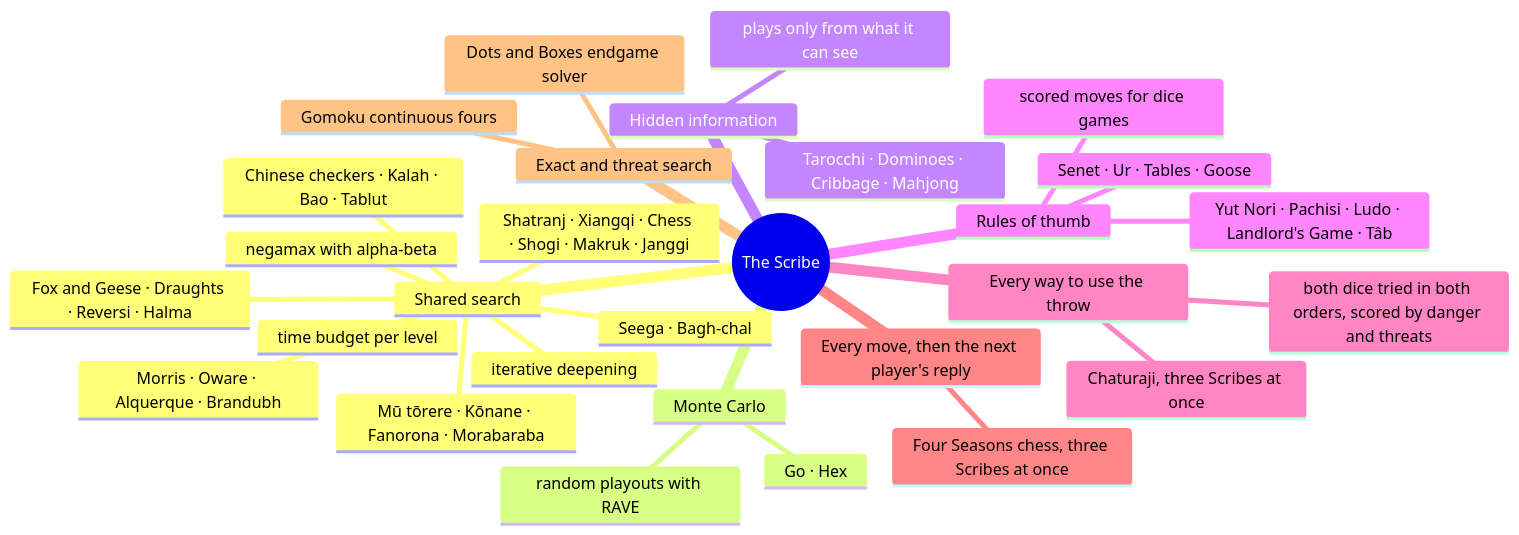
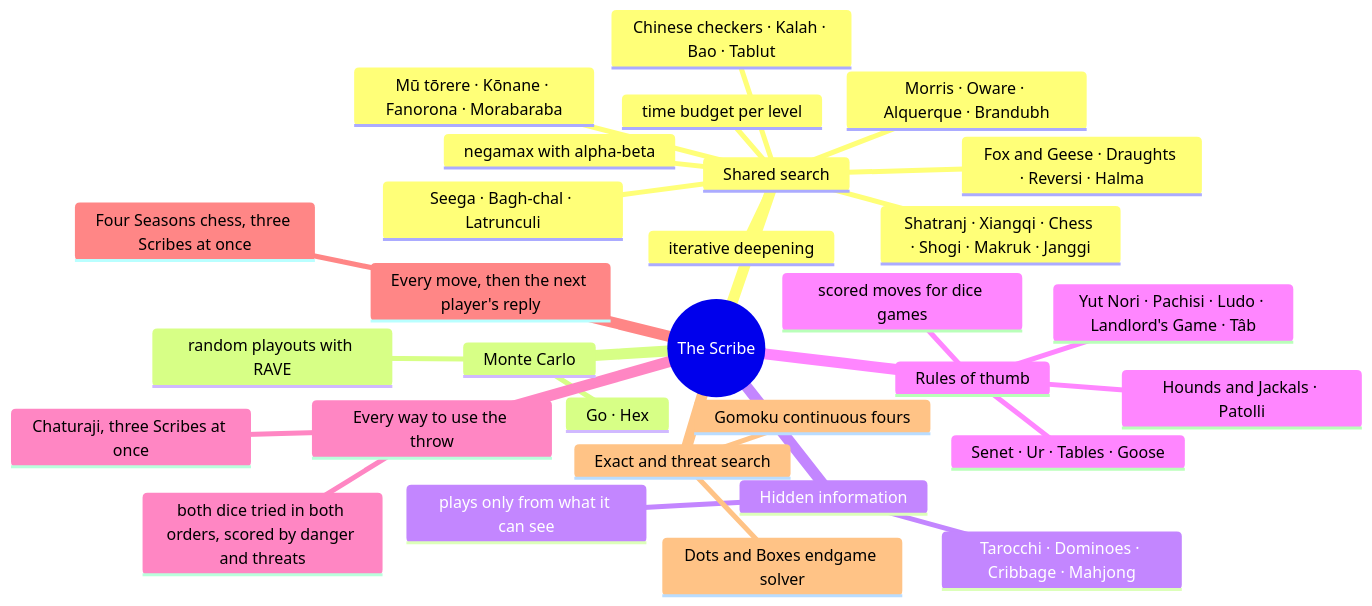
Before and after one commit to CptNope/Librarium-Archives: the first of 3 diagrams in docs/scribe.md, drawn with Mermaid. The commit also changed other lines of this file and 15 other files, not shown here.

First line of the commit message:
Play Hounds and Jackals, Latrunculi and Patolli as modern reconstructions

````diff
--- a/docs/scribe.md
+++ b/docs/scribe.md
@@ -5,32 +5,33 @@
 ```mermaid
 mindmap
   root((The Scribe))
     Shared search
       negamax with alpha-beta
       iterative deepening
       time budget per level
       Morris · Oware · Alquerque · Brandubh
       Shatranj · Xiangqi · Chess · Shogi · Makruk · Janggi
       Fox and Geese · Draughts · Reversi · Halma
       Chinese checkers · Kalah · Bao · Tablut
       Mū tōrere · Kōnane · Fanorona · Morabaraba
-      Seega · Bagh-chal
+      Seega · Bagh-chal · Latrunculi
     Monte Carlo
       random playouts with RAVE
       Go · Hex
     Hidden information
       plays only from what it can see
       Tarocchi · Dominoes · Cribbage · Mahjong
     Rules of thumb
       scored moves for dice games
       Senet · Ur · Tables · Goose
       Yut Nori · Pachisi · Ludo · Landlord's Game · Tâb
+      Hounds and Jackals · Patolli
     Every way to use the throw
       both dice tried in both orders, scored by danger and threats
       Chaturaji, three Scribes at once
     Every move, then the next player's reply
       Four Seasons chess, three Scribes at once
     Exact and threat search
       Dots and Boxes endgame solver
       Gomoku continuous fours
 ```
````
